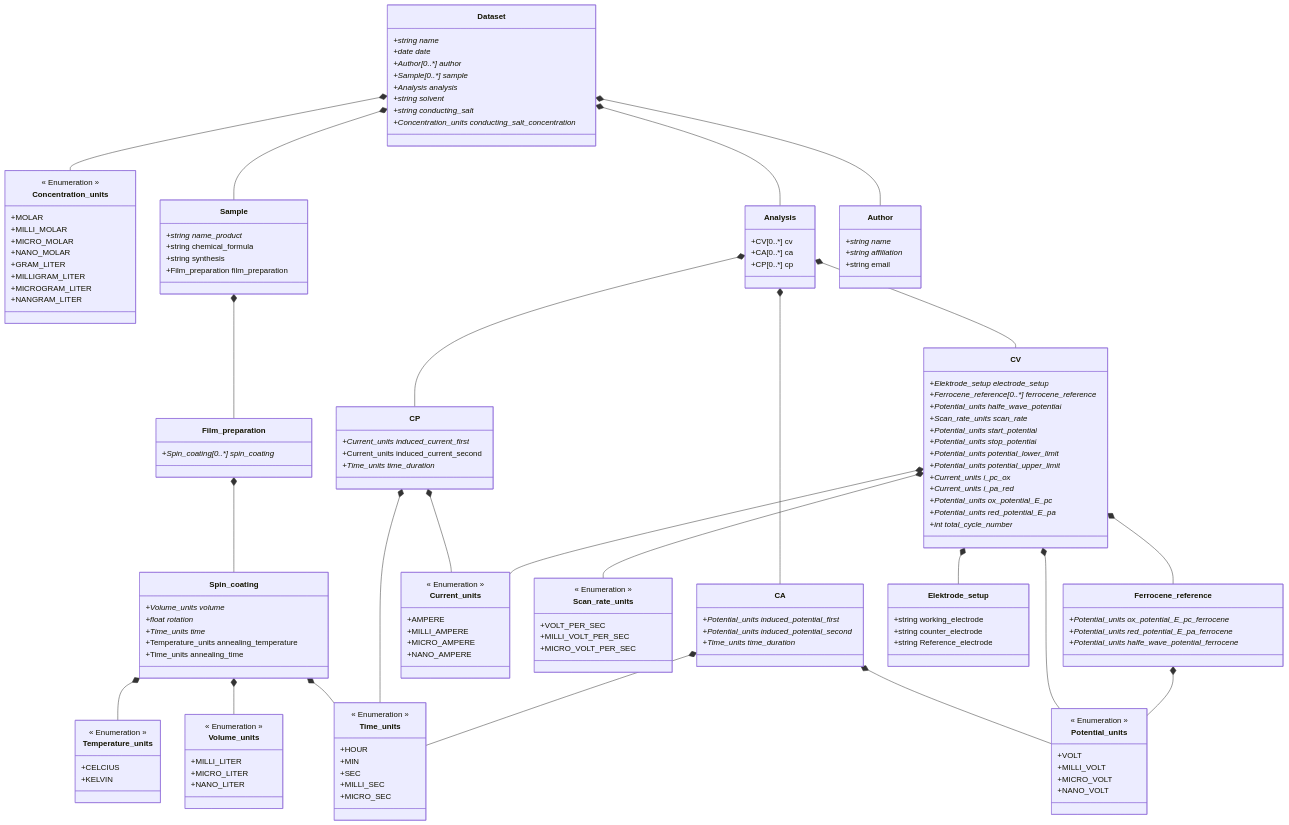
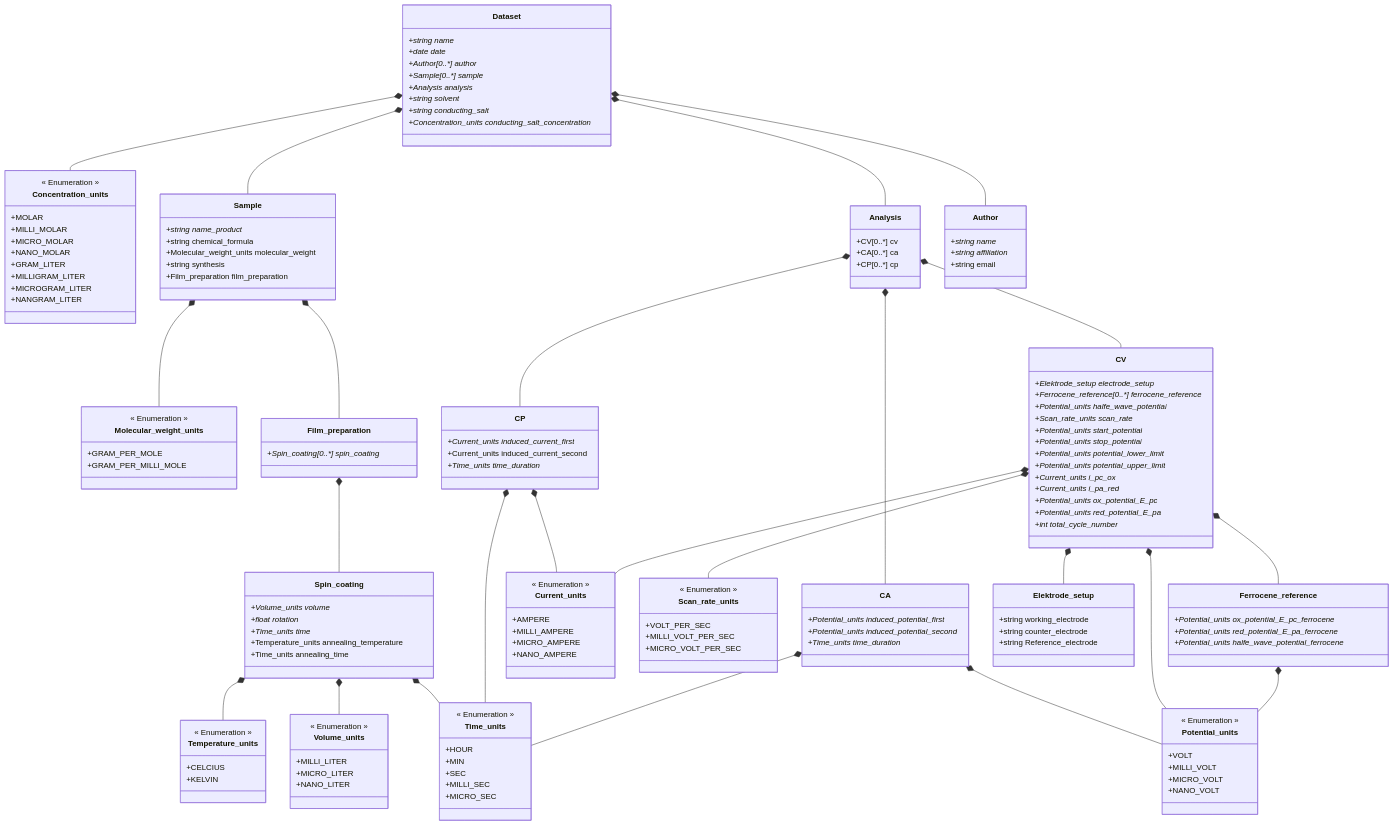
One commit to FAIRChemistry/datamodel-electrochemistry changed the diagram in ElectrochemistryDataModel/schemes/electrochemistrydatamodel_schema.md. Above: the diagram before and after it, drawn with Mermaid. The commit also changed 14 other files, not shown here.

```diff
--- a/ElectrochemistryDataModel/schemes/electrochemistrydatamodel_schema.md
+++ b/ElectrochemistryDataModel/schemes/electrochemistrydatamodel_schema.md
@@ -4,6 +4,7 @@
     Dataset *-- Sample
     Dataset *-- Analysis
     Dataset *-- Author
+    Sample *-- Molecular_weight_units
     Sample *-- Film_preparation
     Film_preparation *-- Spin_coating
     Spin_coating *-- Temperature_units
@@ -37,6 +38,7 @@
     class Sample {
         +string name_product*
         +string chemical_formula
+        +Molecular_weight_units molecular_weight
         +string synthesis
         +Film_preparation film_preparation
     }
@@ -105,6 +107,12 @@
         +string email
     }
     
+    class Molecular_weight_units {
+        << Enumeration >>
+        +GRAM_PER_MOLE
+        +GRAM_PER_MILLI_MOLE
+    }
+    
     class Temperature_units {
         << Enumeration >>
         +CELCIUS
```
